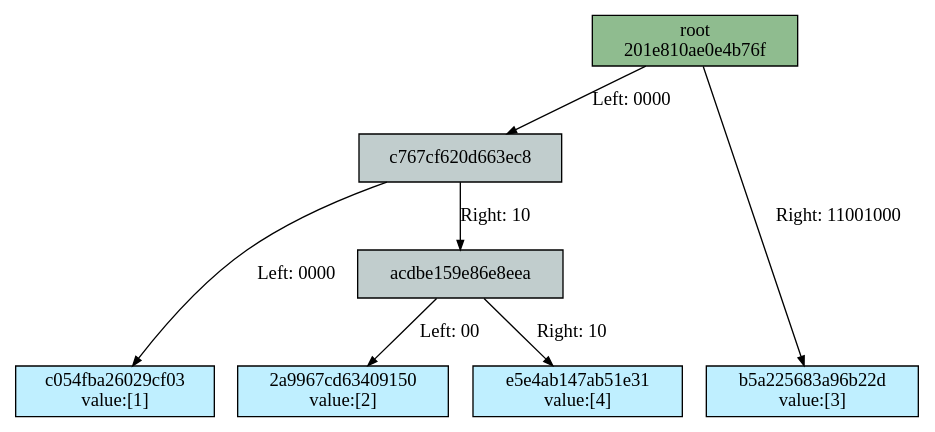
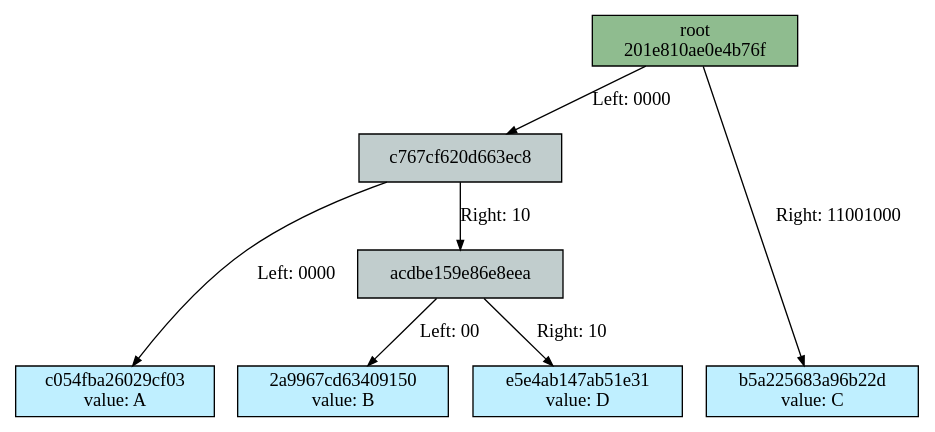
Before and after one commit to juicebox-systems/juicebox-hsm-realm: the diagram in docs/merkle_tree/mutation/4_leaves.dot, drawn with Graphviz. The commit also changed 46 other files, not shown here.

```diff
--- a/docs/merkle_tree/mutation/4_leaves.dot
+++ b/docs/merkle_tree/mutation/4_leaves.dot
@@ -1,40 +1,40 @@
 Digraph merkletree {
 
 h201e810ae0e4b76f -> hc767cf620d663ec8 [arrowsize=0.7 label="Left: 0000\l" nojustify=true ];
 hc767cf620d663ec8 -> hc054fba26029cf03 [arrowsize=0.7 label="Left: 0000" nojustify=true ];
 hc767cf620d663ec8 -> hacdbe159e86e8eea [arrowsize=0.7 label="Right: 10\l" nojustify=true ];
 hacdbe159e86e8eea -> h2a9967cd63409150 [arrowsize=0.7 label="Left: 00" nojustify=true ];
 hacdbe159e86e8eea -> he5e4ab147ab51e31 [arrowsize=0.7 label="Right: 10" nojustify=true ];
 h201e810ae0e4b76f -> hb5a225683a96b22d [arrowsize=0.7 label="Right: 11001000" nojustify=true ];
 
 Subgraph depth_0 {
 rank=same
 
 h201e810ae0e4b76f [fillcolor=darkseagreen label="root\n201e810ae0e4b76f" ordering=out shape=box style=filled ];
 }
 
 
 Subgraph depth_4 {
 rank=same
 
 hc767cf620d663ec8 [fillcolor=azure3 label="c767cf620d663ec8" ordering=out shape=box style=filled ];
 }
 
 
 Subgraph depth_256 {
 rank=same
 
-hc054fba26029cf03 [fillcolor=lightblue1 label="c054fba26029cf03\nvalue:[1]" ordering=out shape=box style=filled ];
-h2a9967cd63409150 [fillcolor=lightblue1 label="2a9967cd63409150\nvalue:[2]" ordering=out shape=box style=filled ];
-he5e4ab147ab51e31 [fillcolor=lightblue1 label="e5e4ab147ab51e31\nvalue:[4]" ordering=out shape=box style=filled ];
-hb5a225683a96b22d [fillcolor=lightblue1 label="b5a225683a96b22d\nvalue:[3]" ordering=out shape=box style=filled ];
+hc054fba26029cf03 [fillcolor=lightblue1 label="c054fba26029cf03\nvalue: A" ordering=out shape=box style=filled ];
+h2a9967cd63409150 [fillcolor=lightblue1 label="2a9967cd63409150\nvalue: B" ordering=out shape=box style=filled ];
+he5e4ab147ab51e31 [fillcolor=lightblue1 label="e5e4ab147ab51e31\nvalue: D" ordering=out shape=box style=filled ];
+hb5a225683a96b22d [fillcolor=lightblue1 label="b5a225683a96b22d\nvalue: C" ordering=out shape=box style=filled ];
 }
 
 
 Subgraph depth_6 {
 rank=same
 
 hacdbe159e86e8eea [fillcolor=azure3 label="acdbe159e86e8eea" ordering=out shape=box style=filled ];
 }
 
 }
```
